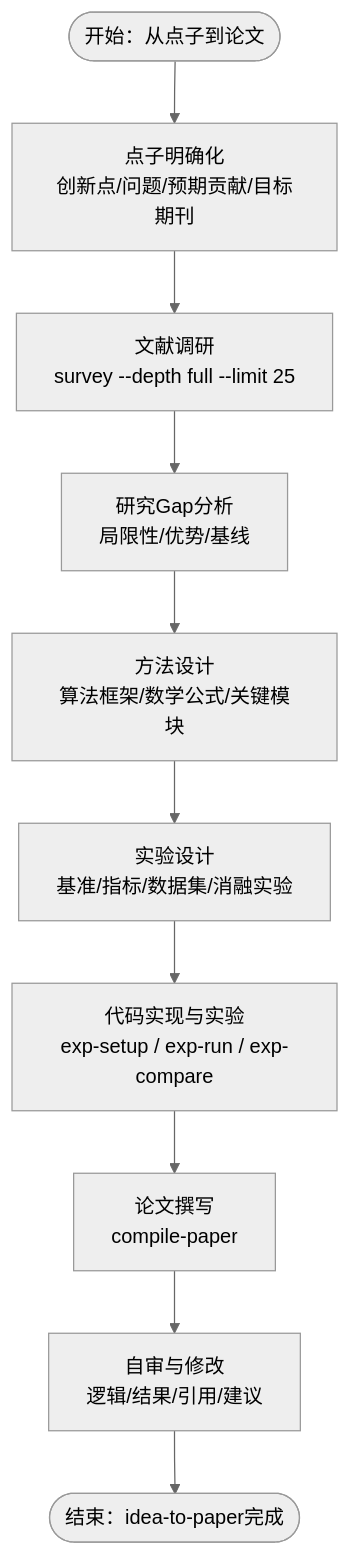
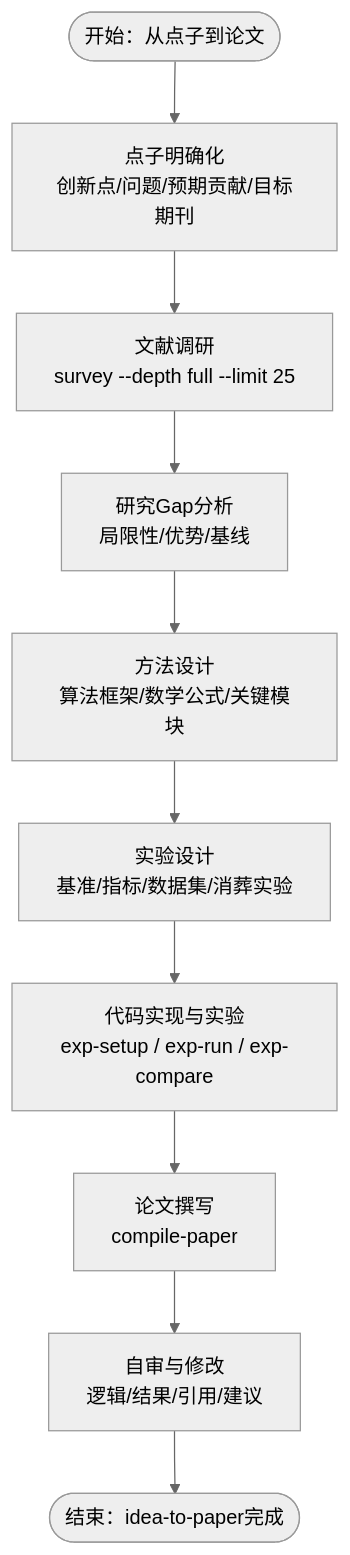
Before and after one commit to 1173591564/academic-based-qoder: diagram 15 of 17 in .qoder/repowiki/zh/content/研究技能系统/研究技能系统.md, drawn with Mermaid (neutral theme). The commit also changed other lines of this file and 89 other files, not shown here.

````diff
--- a/.qoder/repowiki/zh/content/研究技能系统/研究技能系统.md
+++ b/.qoder/repowiki/zh/content/研究技能系统/研究技能系统.md
@@ -489,12 +503,12 @@
 ```mermaid
 flowchart TD
 Start(["开始：从点子到论文"]) --> Idea["点子明确化<br/>创新点/问题/预期贡献/目标期刊"]
 Idea --> Survey["文献调研<br/>survey --depth full --limit 25"]
 Survey --> Gap["研究Gap分析<br/>局限性/优势/基线"]
 Gap --> Design["方法设计<br/>算法框架/数学公式/关键模块"]
-Design --> ExpDesign["实验设计<br/>基准/指标/数据集/消融实验"]
+Design --> ExpDesign["实验设计<br/>基准/指标/数据集/消葬实验"]
 ExpDesign --> Implement["代码实现与实验<br/>exp-setup / exp-run / exp-compare"]
 Implement --> Write["论文撰写<br/>compile-paper"]
 Write --> SelfReview["自审与修改<br/>逻辑/结果/引用/建议"]
 SelfReview --> End(["结束：idea-to-paper完成"])
 ```
````
